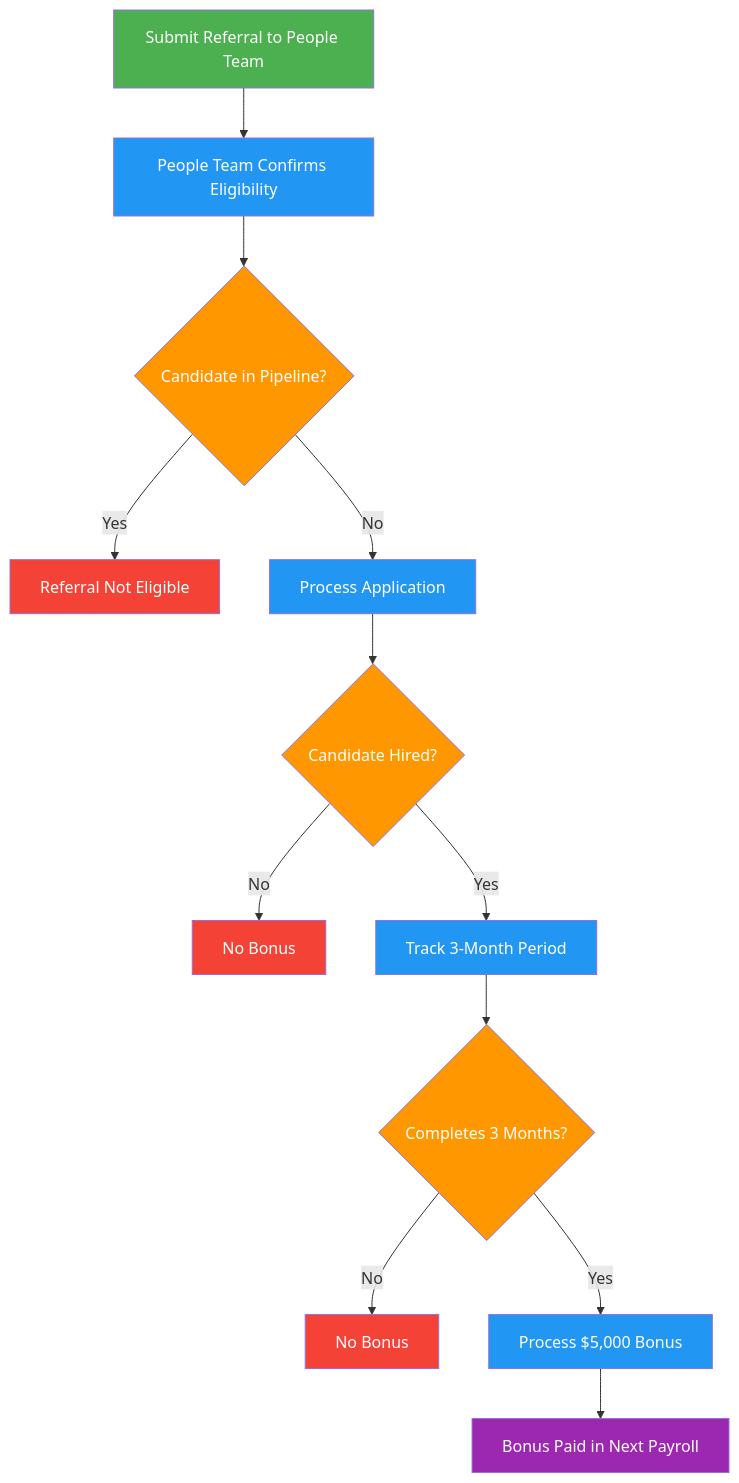
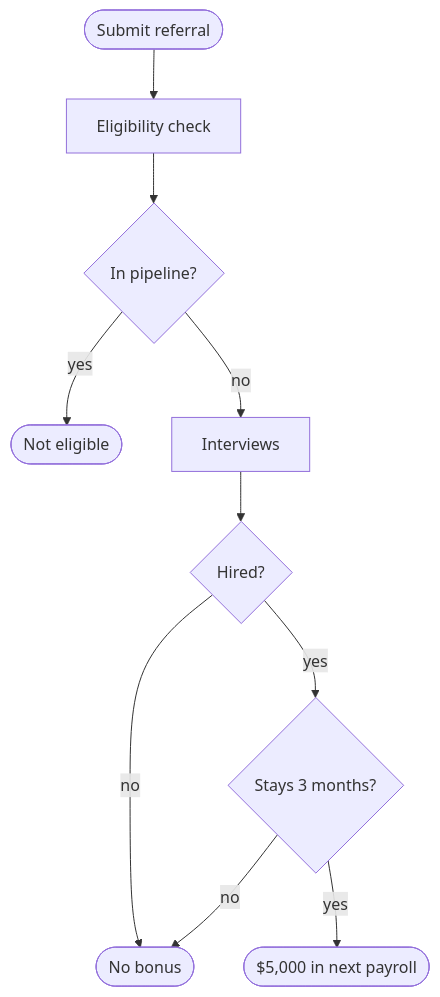
The diagram in docs/en/finance/referral-bonus.md (ultralytics/handbook), drawn with Mermaid before and after one commit. The commit also changed 16 other files, not shown here.

Commit message:
Migrate handbook Mermaid diagrams to the unified design system (#363)

````diff
--- a/docs/en/finance/referral-bonus.md
+++ b/docs/en/finance/referral-bonus.md
@@ -63,20 +63,12 @@
 ```mermaid
-graph TD
-    A[Submit Referral to People Team]:::start --> B[People Team Confirms Eligibility]:::proc
-    B --> C{Candidate in Pipeline?}:::decide
-    C -->|Yes| D[Referral Not Eligible]:::error
-    C -->|No| E[Process Application]:::proc
-    E --> F{Candidate Hired?}:::decide
-    F -->|No| G[No Bonus]:::error
-    F -->|Yes| H[Track 3-Month Period]:::proc
-    H --> I{Completes 3 Months?}:::decide
-    I -->|No| J[No Bonus]:::error
-    I -->|Yes| K[Process $5,000 Bonus]:::proc
-    K --> L[Bonus Paid in Next Payroll]:::out
-
-    classDef start fill:#4CAF50,color:#fff
-    classDef proc fill:#2196F3,color:#fff
-    classDef decide fill:#FF9800,color:#fff
-    classDef out fill:#9C27B0,color:#fff
-    classDef error fill:#F44336,color:#fff
+flowchart TD
+    A([Submit referral]) --> B[Eligibility check]
+    B --> C{In pipeline?}
+    C -->|yes| D([Not eligible]):::error
+    C -->|no| E[Interviews]
+    E --> F{Hired?}
+    F -->|no| G([No bonus]):::error
+    F -->|yes| H{Stays 3 months?}
+    H -->|no| G
+    H -->|yes| I(["$5,000 in next payroll"])
 ```
````
